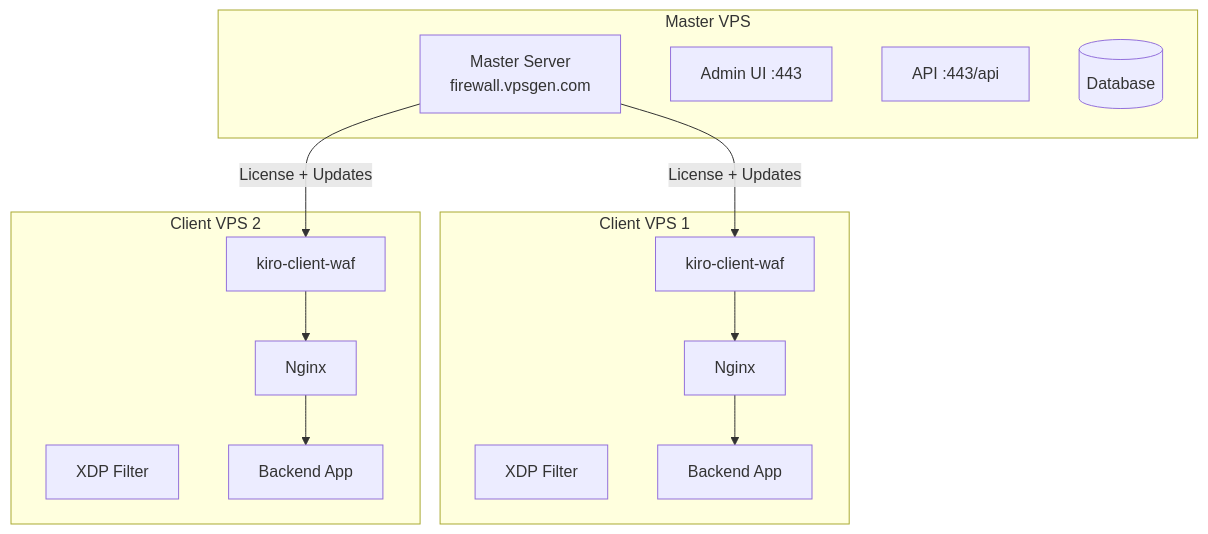
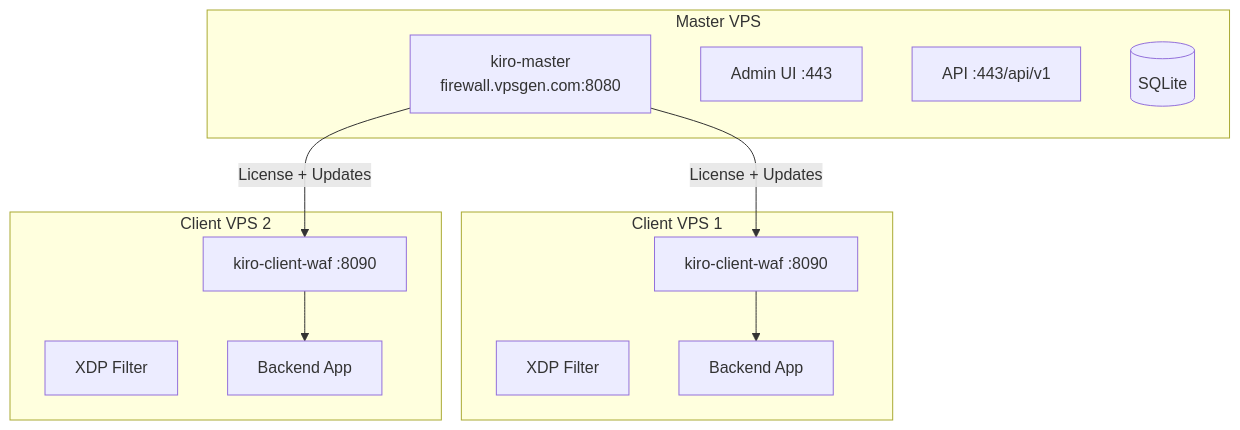
The diagram in docs/deployment.md (hoangtuvungcao/kiro_waf), drawn with Mermaid before and after one commit. The commit also changed other lines of this file and 75 other files, not shown here.

````diff
--- a/docs/deployment.md
+++ b/docs/deployment.md
@@ -5,28 +5,26 @@
 ```mermaid
 graph TB
     subgraph Master VPS
-        MS[Master Server<br/>firewall.vpsgen.com]
+        MS[kiro-master<br/>firewall.vpsgen.com:8080]
         AdminUI[Admin UI :443]
-        API[API :443/api]
-        DB[(Database)]
+        API[API :443/api/v1]
+        DB[(SQLite)]
     end
 
     subgraph Client VPS 1
-        C1[kiro-client-waf]
-        N1[Nginx]
+        C1[kiro-client-waf :8090]
         XDP1[XDP Filter]
         App1[Backend App]
     end
 
     subgraph Client VPS 2
-        C2[kiro-client-waf]
-        N2[Nginx]
+        C2[kiro-client-waf :8090]
         XDP2[XDP Filter]
         App2[Backend App]
     end
 
     MS -->|License + Updates| C1
     MS -->|License + Updates| C2
-    C1 --> N1 --> App1
-    C2 --> N2 --> App2
+    C1 --> App1
+    C2 --> App2
 ```
````
